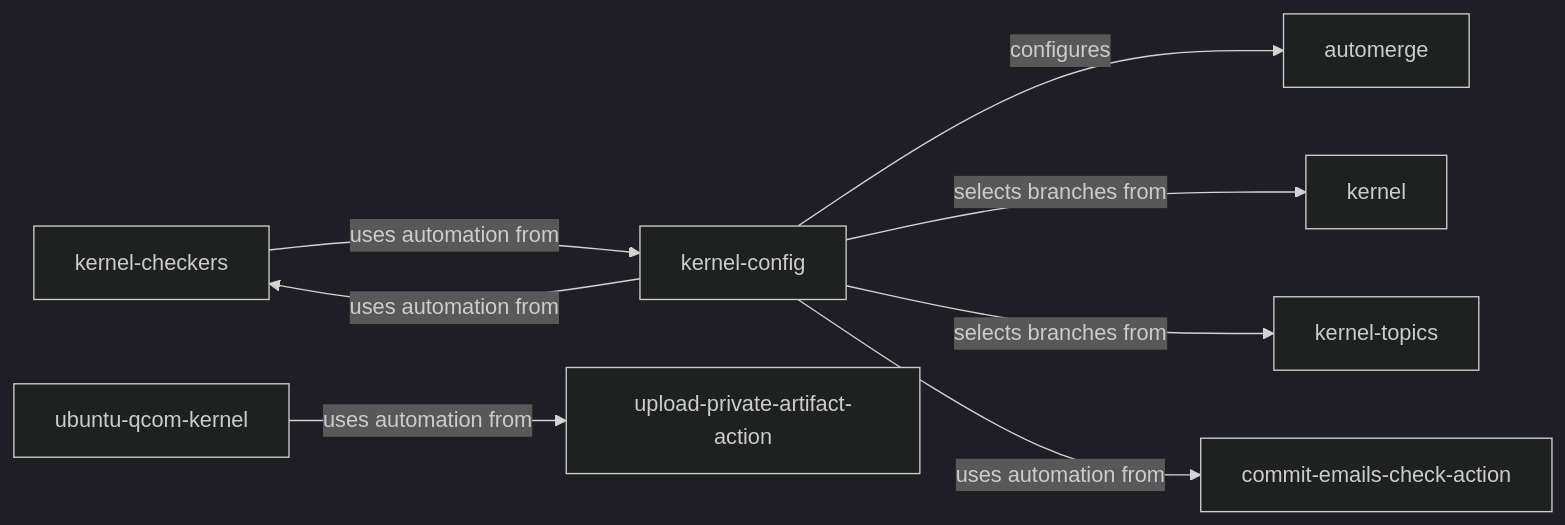
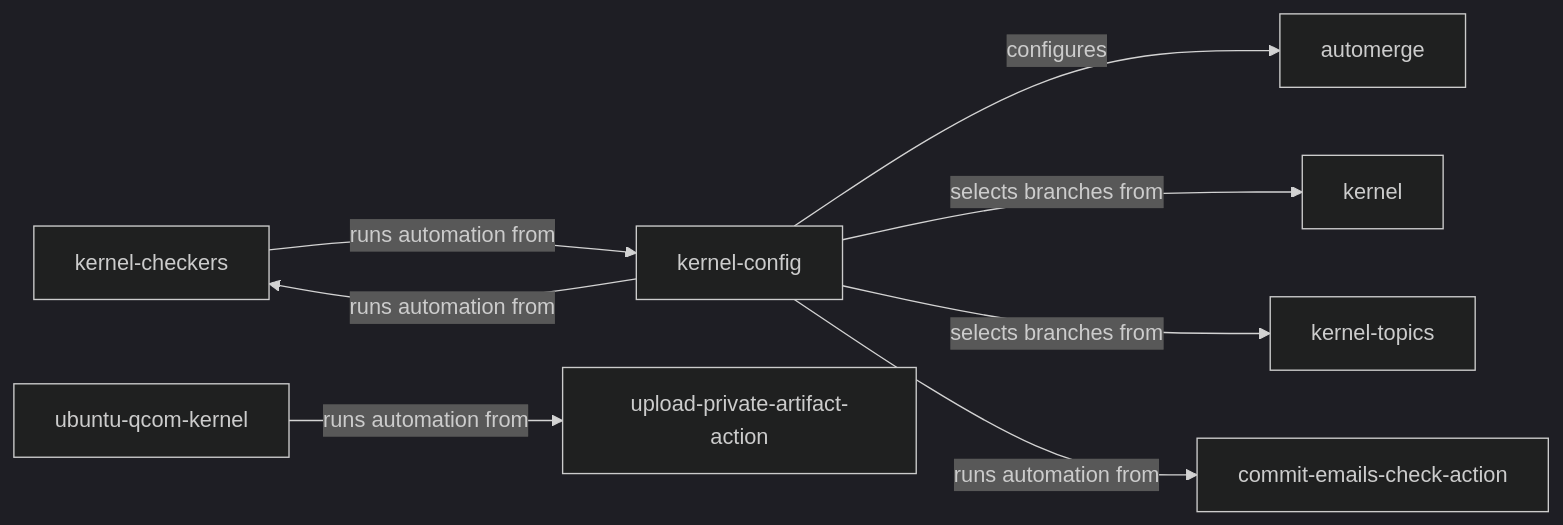
Before and after one commit to devdocsorg/qualcomm-repository-map: the second of 3 diagrams in README.md, drawn with Mermaid (dark theme). The commit also changed other lines of this file and 7 other files, not shown here.

````diff
--- a/README.md
+++ b/README.md
@@ -67,26 +75,26 @@
 ```mermaid
 flowchart LR
     r0["automerge"]
     click r0 href "https://github.com/qualcomm-linux/automerge" _blank
     r1["kernel"]
     click r1 href "https://github.com/qualcomm-linux/kernel" _blank
     r2["kernel-checkers"]
     click r2 href "https://github.com/qualcomm-linux/kernel-checkers" _blank
     r3["kernel-config"]
     click r3 href "https://github.com/qualcomm-linux/kernel-config" _blank
     r4["kernel-topics"]
     click r4 href "https://github.com/qualcomm-linux/kernel-topics" _blank
     r5["ubuntu-qcom-kernel"]
     click r5 href "https://github.com/qualcomm-linux/ubuntu-qcom-kernel" _blank
     r6["upload-private-artifact-action"]
     click r6 href "https://github.com/qualcomm-linux/upload-private-artifact-action" _blank
     r7["commit-emails-check-action"]
     click r7 href "https://github.com/qualcomm/commit-emails-check-action" _blank
-    r2 -->|"uses automation from"| r3
+    r2 -->|"runs automation from"| r3
     r3 -->|"configures"| r0
     r3 -->|"selects branches from"| r1
-    r3 -->|"uses automation from"| r2
+    r3 -->|"runs automation from"| r2
     r3 -->|"selects branches from"| r4
-    r3 -->|"uses automation from"| r7
-    r5 -->|"uses automation from"| r6
+    r3 -->|"runs automation from"| r7
+    r5 -->|"runs automation from"| r6
 ```
````
